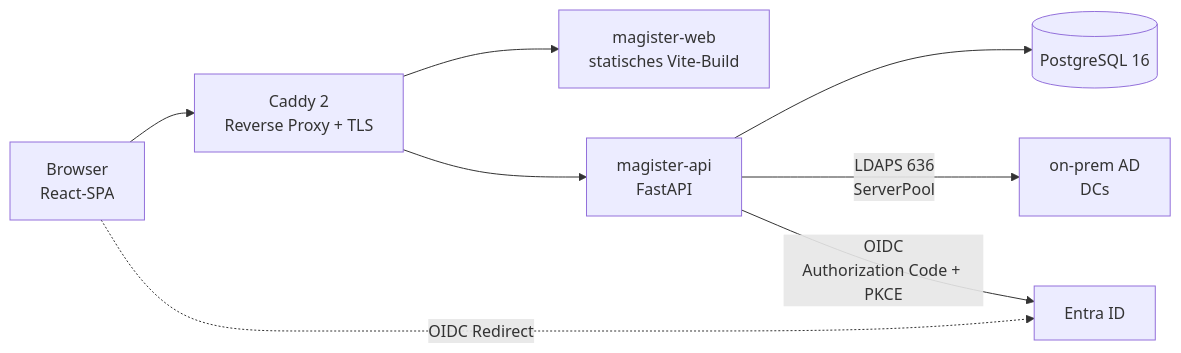
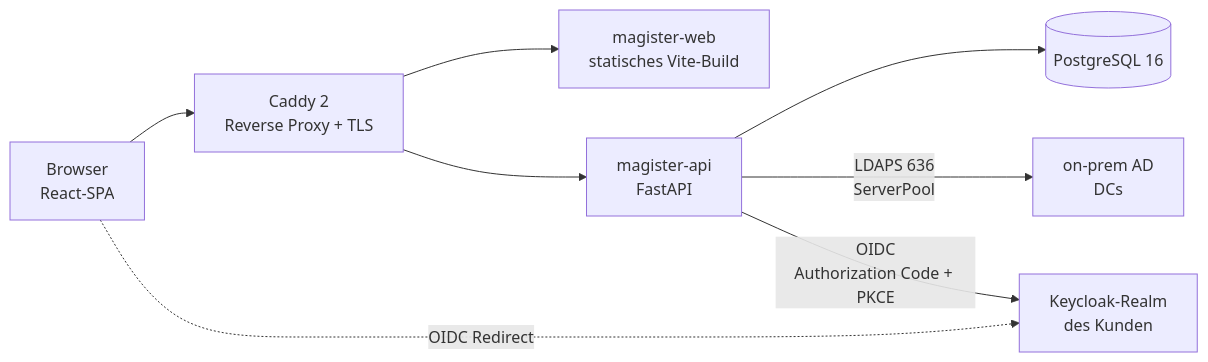
Before and after one commit to Vita-Brevis-GmbH/magister: the diagram in ARCHITECTURE.md, drawn with Mermaid. The commit also changed other lines of this file and 11 other files, not shown here.

First line of the commit message:
docs: ADR-0025 Anmeldung über den Keycloak-Realm des Kunden

````diff
--- a/ARCHITECTURE.md
+++ b/ARCHITECTURE.md
@@ -10,10 +10,10 @@
 ```mermaid
 flowchart LR
   Browser[Browser<br/>React-SPA] --> Caddy[Caddy 2<br/>Reverse Proxy + TLS]
   Caddy --> Web[magister-web<br/>statisches Vite-Build]
   Caddy --> API[magister-api<br/>FastAPI]
   API --> DB[(PostgreSQL 16)]
   API -->|LDAPS 636<br/>ServerPool| AD[on-prem AD<br/>DCs]
-  API -->|OIDC<br/>Authorization Code + PKCE| Entra[Entra ID]
-  Browser -.->|OIDC Redirect| Entra
+  API -->|OIDC<br/>Authorization Code + PKCE| KC[Keycloak-Realm<br/>des Kunden]
+  Browser -.->|OIDC Redirect| KC
 ```
````
